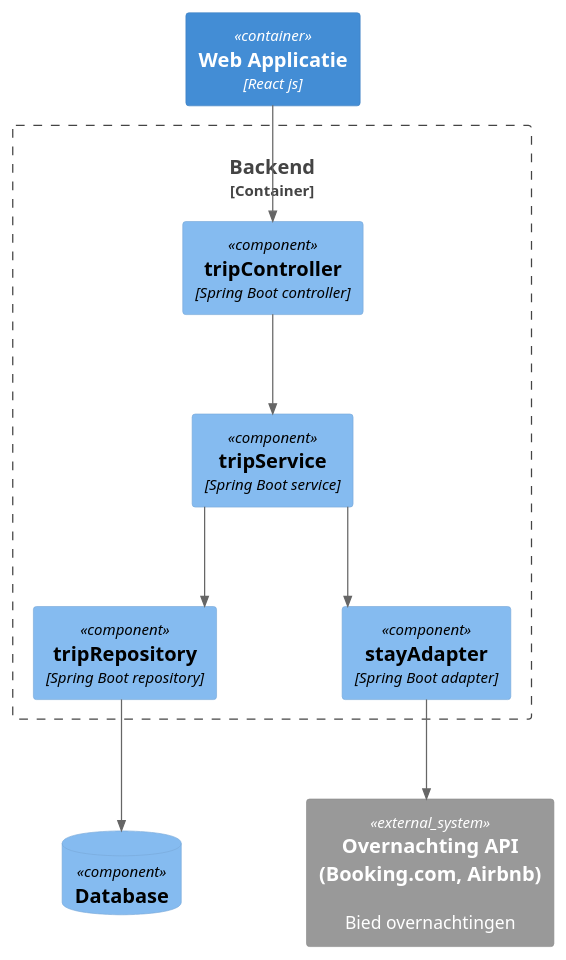
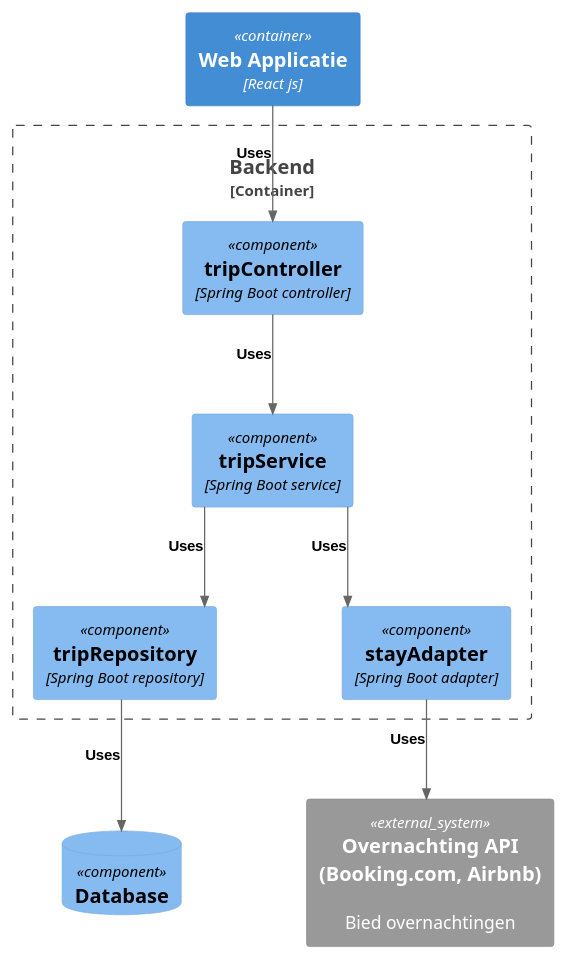
The diagram in eigen-bijdrage-siebe/DesignPattern/ComponentDiagram.puml (AIM-ENE-feb25/triptop-livingin-s-pain-nouri-siebe-boris), drawn with PlantUML before and after one commit. The commit also changed 3 other files, not shown here.

```diff
--- a/eigen-bijdrage-siebe/DesignPattern/ComponentDiagram.puml
+++ b/eigen-bijdrage-siebe/DesignPattern/ComponentDiagram.puml
@@ -1,37 +1,37 @@
 @startuml
 !include https://raw.githubusercontent.com/plantuml-stdlib/C4-PlantUML/master/C4_Component.puml
 
 skinparam ranksep 80
 skinparam nodesep 100
 skinparam ArrowColor #666666
 skinparam linetype ortho
 skinparam ArrowFontSize 12
 skinparam ArrowFontColor black
 skinparam ArrowFontStyle bold
 skinparam ArrowFontName Arial
 
 LAYOUT_TOP_DOWN()
 
 Container(frontend, "Web Applicatie", "React js")
 
 Container_Boundary(cb, "Backend") {
     Component(tripcontroller, "tripController", "Spring Boot controller")
     Component(tripservice, "tripService", "Spring Boot service")
     Component(stayadapter, "stayAdapter", "Spring Boot adapter")
     Component(triprepository, "tripRepository", "Spring Boot repository")
 }
 
 together{
     System_Ext(stay, "Overnachting API (Booking.com, Airbnb)", "Bied overnachtingen")
     ComponentDb(db, "Database")
 }
 
-    Rel(frontend, tripcontroller, "")
-    Rel(tripcontroller, tripservice, "")
-    Rel(tripservice, stayadapter, "")
-    Rel(stayadapter, stay, "")
+    Rel(frontend, tripcontroller, "Uses")
+    Rel(tripcontroller, tripservice, "Uses")
+    Rel(tripservice, stayadapter, "Uses")
+    Rel(stayadapter, stay, "Uses")
 
-    Rel(tripservice, triprepository, "")
-    Rel(triprepository, db, "")
+    Rel(tripservice, triprepository, "Uses")
+    Rel(triprepository, db, "Uses")
 
 @enduml
```
